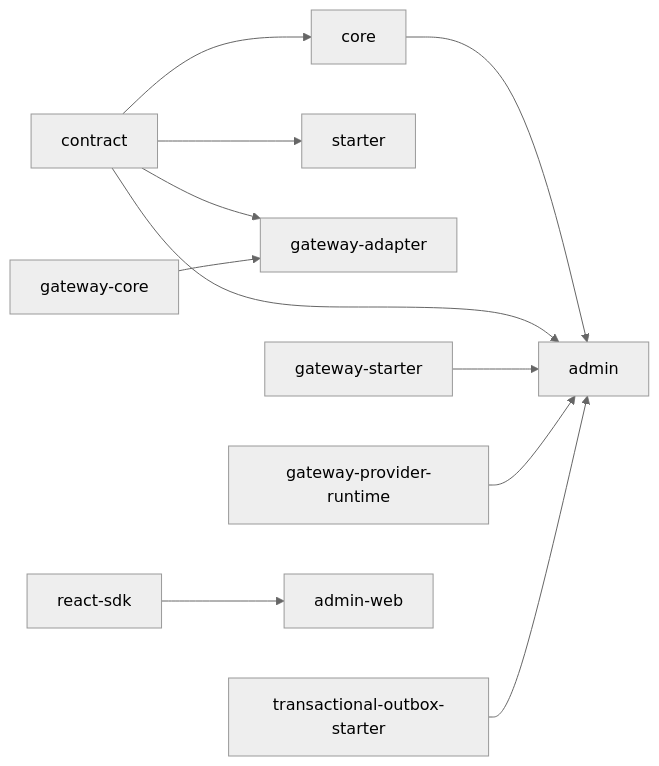
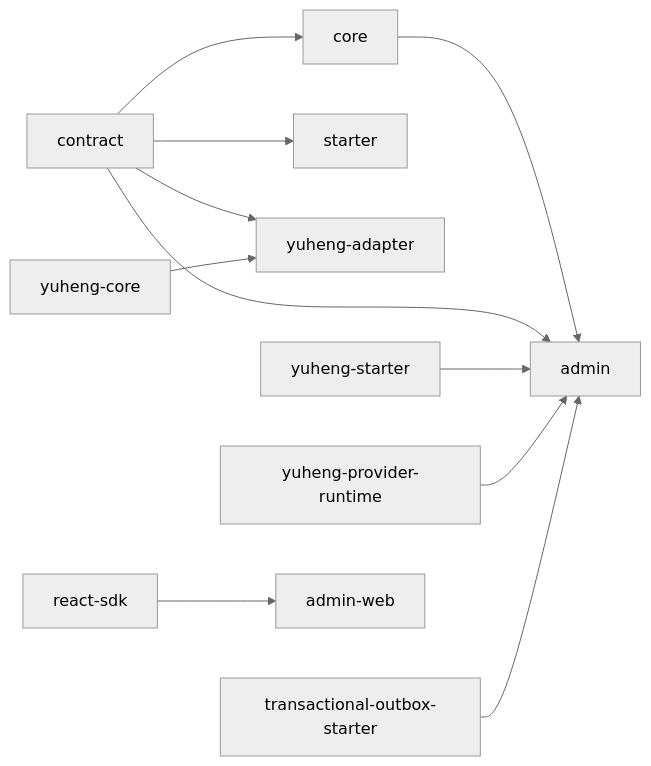
Before and after one commit to AllenDEricDAlexander/Egon-COLA: the third of 6 diagrams in docs/superpowers/specs/2026-07-30-rbac3-permission-platform-design.md, drawn with Mermaid (neutral theme). The commit also changed other lines of this file and 233 other files, not shown here.

````diff
--- a/docs/superpowers/specs/2026-07-30-rbac3-permission-platform-design.md
+++ b/docs/superpowers/specs/2026-07-30-rbac3-permission-platform-design.md
@@ -861,15 +861,15 @@
 ```mermaid
 flowchart LR
     Contract["contract"] --> Core["core"]
     Contract --> Starter["starter"]
-    Contract --> Adapter["gateway-adapter"]
+    Contract --> Adapter["yuheng-adapter"]
     Core --> Admin["admin"]
     Contract --> Admin
 
-    GatewayCore["gateway-core"] --> Adapter
-    GatewayStarter["gateway-starter"] --> Admin
-    ProviderRuntime["gateway-provider-runtime"] --> Admin
+    GatewayCore["yuheng-core"] --> Adapter
+    GatewayStarter["yuheng-starter"] --> Admin
+    ProviderRuntime["yuheng-provider-runtime"] --> Admin
     OutboxStarter["transactional-outbox-starter"] --> Admin
 
     ReactSdk["react-sdk"] --> AdminWeb["admin-web"]
 ```
````
